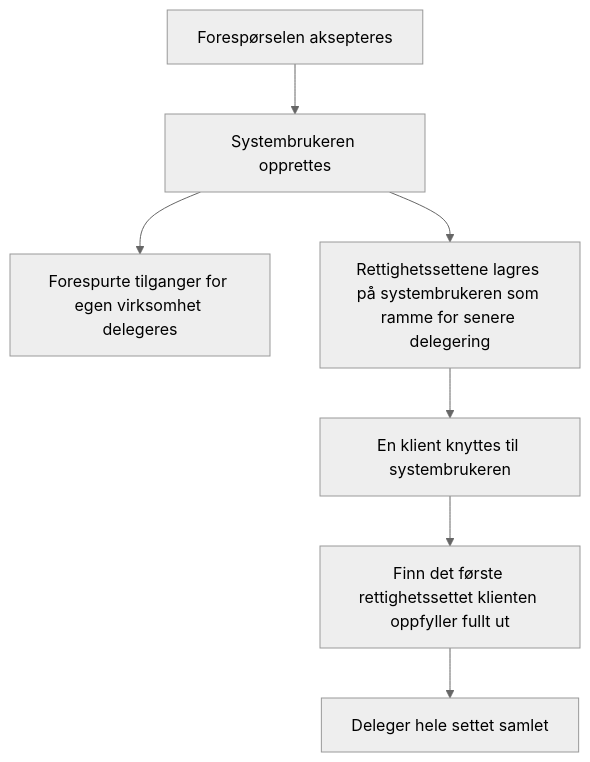
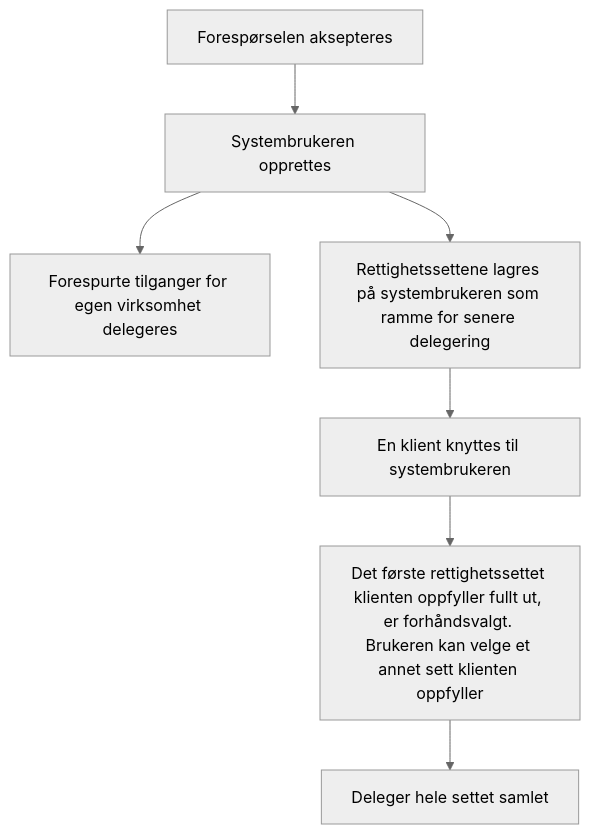
Before and after one commit to Altinn/altinn-studio-docs: the third of 6 diagrams in content/authorization/guides/system-vendor/system-user/beslutningstre.nb.md, drawn with Mermaid (neutral theme). The commit also changed other lines of this file and 6 other files, not shown here.

First line of the commit message:
docs: fjerne låsen, velge alternativ, navn på sett og Legg til alle i leverandørpresentasjonen (#3308)

```diff
--- a/content/authorization/guides/system-vendor/system-user/beslutningstre.nb.md
+++ b/content/authorization/guides/system-vendor/system-user/beslutningstre.nb.md
@@ -57,9 +57,9 @@
 {{< mermaid >}}
 graph TD
   APPROVE["Forespørselen aksepteres"] --> CREATE["Systembrukeren opprettes"]
   CREATE --> OWN["Forespurte tilganger for egen virksomhet delegeres"]
   CREATE --> CLIENTCONFIG["Rettighetssettene lagres på systembrukeren som ramme for senere delegering"]
   CLIENTCONFIG --> LINK["En klient knyttes til systembrukeren"]
-  LINK --> CHECK["Finn det første rettighetssettet klienten oppfyller fullt ut"]
+  LINK --> CHECK["Det første rettighetssettet klienten oppfyller fullt ut, er forhåndsvalgt. Brukeren kan velge et annet sett klienten oppfyller"]
   CHECK --> DELEGATE["Deleger hele settet samlet"]
 {{< /mermaid >}}
```
